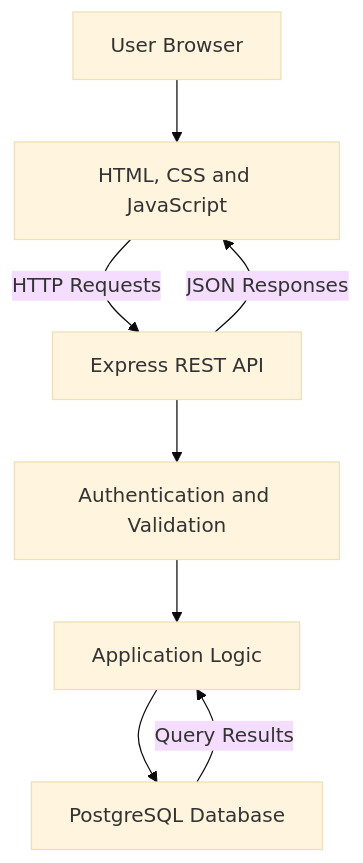
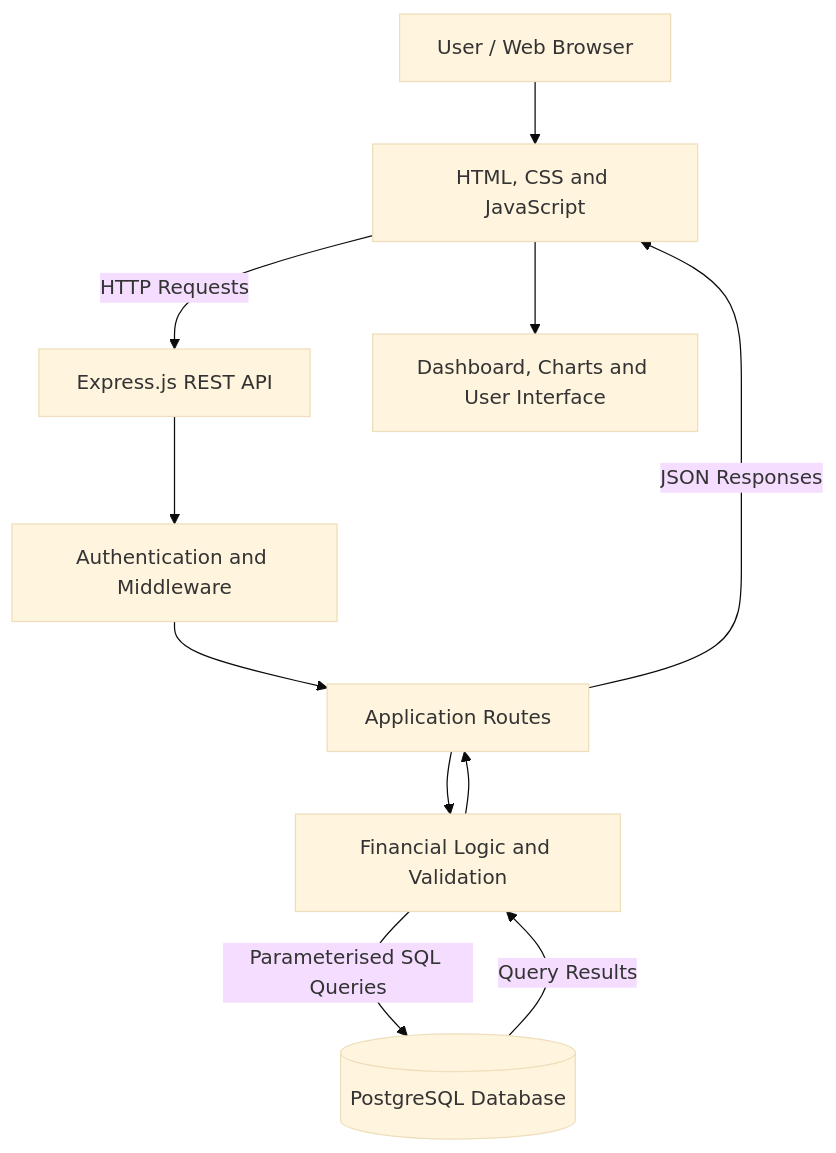
The diagram in README.md (thomaszaw2007/SpendWise), drawn with Mermaid (base theme) before and after one commit. The commit also changed other lines of this file, not shown here.

````diff
--- a/README.md
+++ b/README.md
@@ -149,10 +218,22 @@
 ```mermaid
 flowchart TD
-    A[User Browser] --> B[HTML, CSS and JavaScript]
-    B -->|HTTP Requests| C[Express REST API]
-    C --> D[Authentication and Validation]
-    D --> E[Application Logic]
-    E --> F[PostgreSQL Database]
-    F -->|Query Results| E
-    C -->|JSON Responses| B
+    A["User / Web Browser"] --> B["HTML, CSS and JavaScript"]
+
+    B -->|"HTTP Requests"| C["Express.js REST API"]
+
+    C --> D["Authentication and Middleware"]
+
+    D --> E["Application Routes"]
+
+    E --> F["Financial Logic and Validation"]
+
+    F -->|"Parameterised SQL Queries"| G[("PostgreSQL Database")]
+
+    G -->|"Query Results"| F
+
+    F --> E
+
+    E -->|"JSON Responses"| B
+
+    B --> H["Dashboard, Charts and User Interface"]
 ```
````
